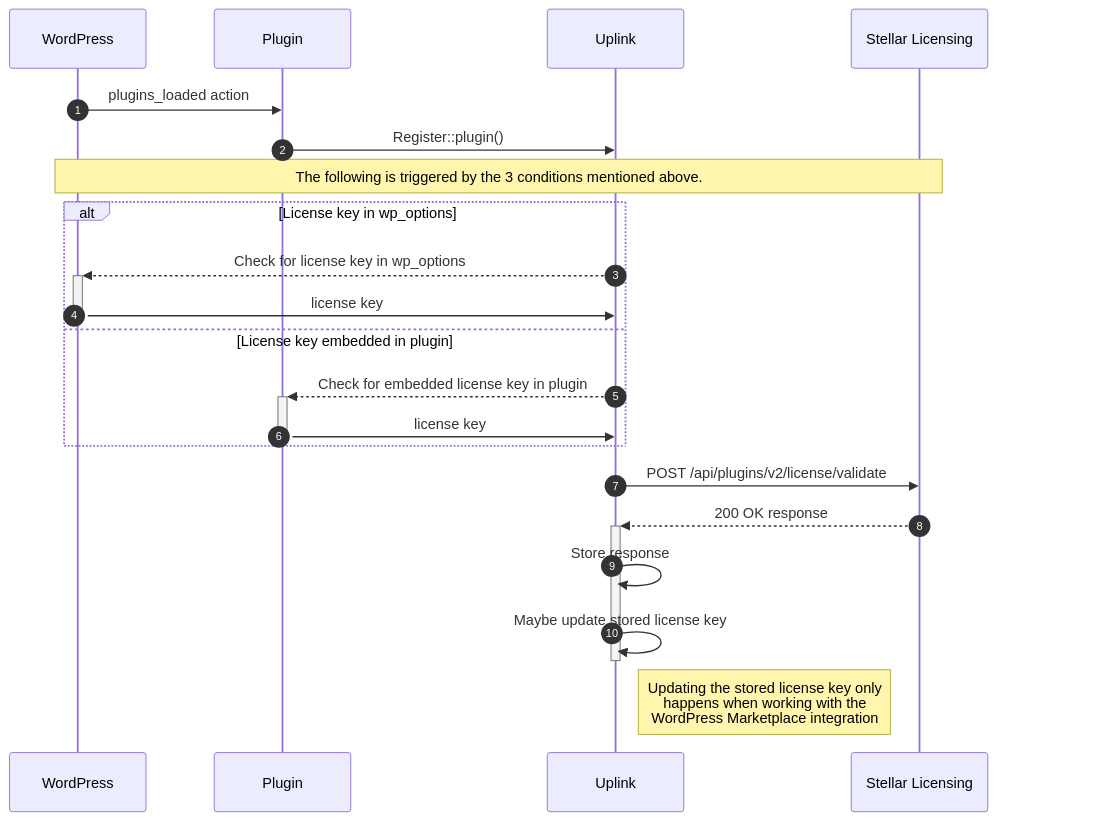
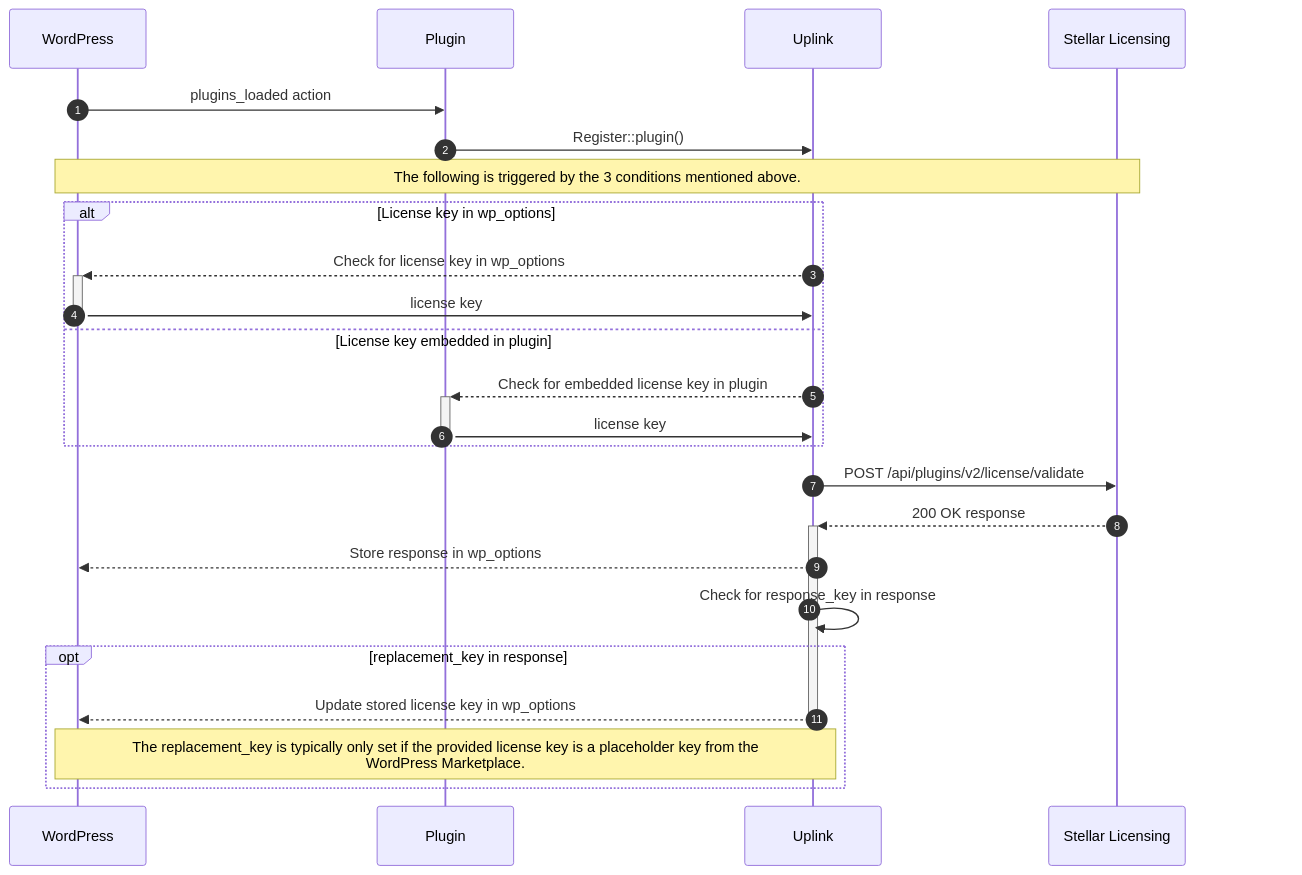
Before and after one commit to stellarwp/uplink: the diagram in docs/features.md, drawn with Mermaid.

Commit message:
Better annotations for license key flow

````diff
--- a/docs/features.md
+++ b/docs/features.md
@@ -35,29 +35,32 @@
 ```mermaid
 sequenceDiagram
 	autonumber
 	participant wp as WordPress
 	participant plugin as Plugin
 	participant uplink as Uplink
 	participant stellar as Stellar Licensing
 	link uplink: stellarwp/uplink @ https://github.com/stellarwp/uplink
 	link stellar: the-events-calendar/pue-service @ https://github.com/the-events-calendar/pue-service
 	link stellar: stellarwp/licensing @ https://github.com/stellarwp/licensing
 
 	wp->>plugin: plugins_loaded action
 	plugin->>uplink: Register::plugin()
 	Note over wp, stellar: The following is triggered by the 3 conditions mentioned above.
 	alt License key in wp_options
 		uplink-->>+wp: Check for license key in wp_options
 		wp->>-uplink: license key
 	else License key embedded in plugin
 		uplink-->>+plugin: Check for embedded license key in plugin
 		plugin->>-uplink: license key
 	end
 
 	uplink->>stellar: POST /api/plugins/v2/license/validate
 
 	stellar-->>+uplink: 200 OK response
-	uplink->>uplink: Store response
-	uplink->>-uplink: Maybe update stored license key
-	Note right of uplink: Updating the stored license key only<br>happens when working with the<br>WordPress Marketplace integration
+	uplink-->>wp: Store response in wp_options
+	uplink->>uplink: Check for response_key in response
+	opt replacement_key in response
+		uplink-->>-wp: Update stored license key in wp_options
+		Note over wp, uplink: The replacement_key is typically only set if the provided license key is a placeholder key from the<br>WordPress Marketplace.
+	end
 ```
````
